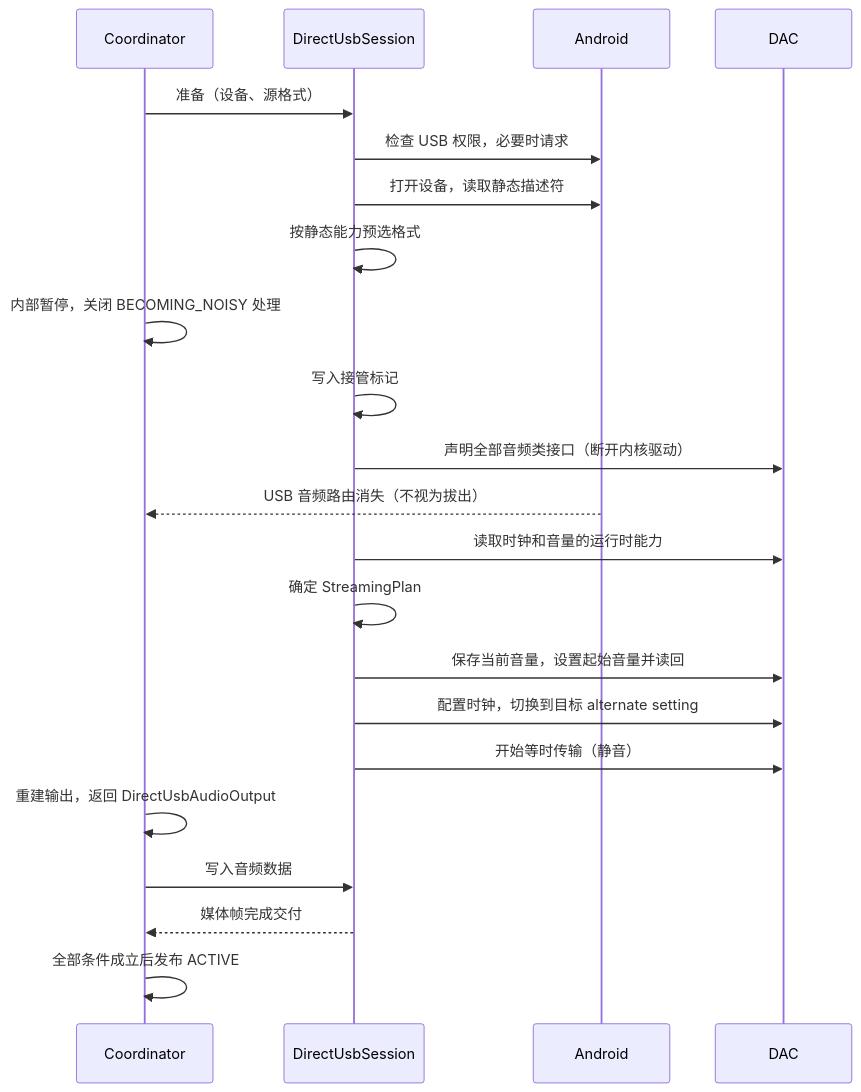
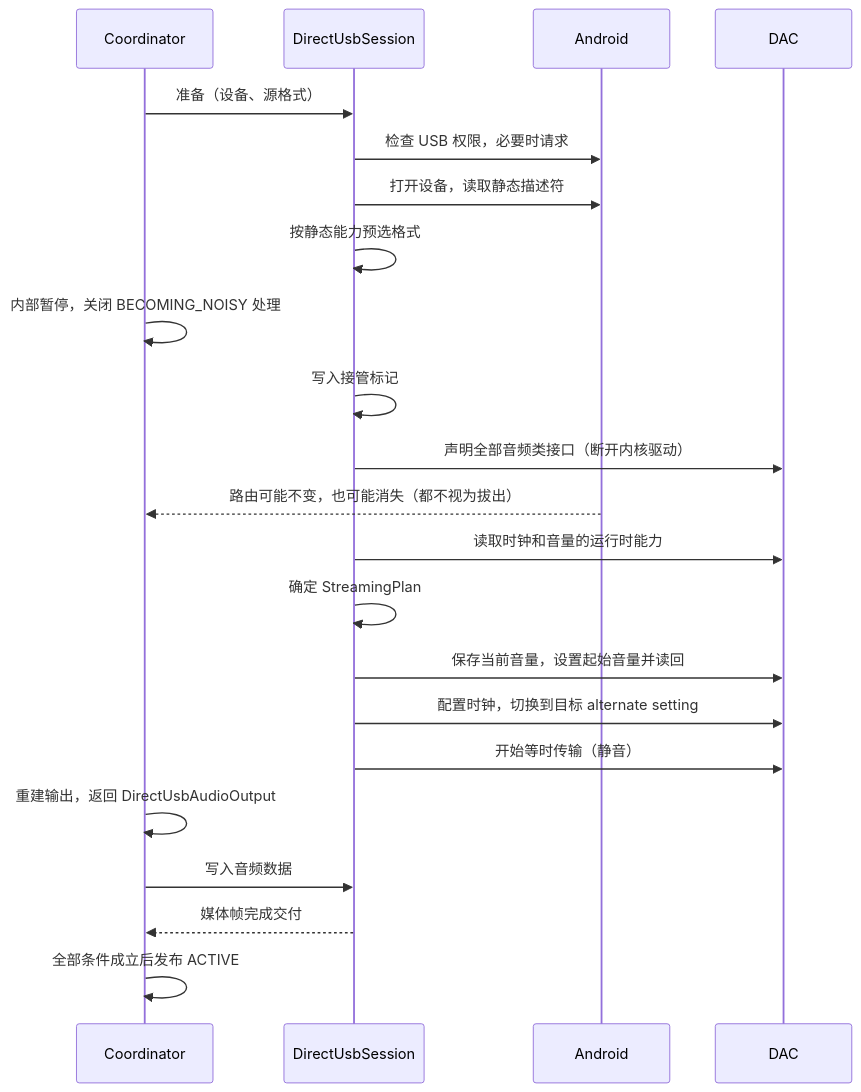
The second of 4 diagrams in docs/M7_USB_ARCHITECTURE.md (Sumire-no-kai/Vesqen), drawn with Mermaid before and after one commit. The commit also changed other lines of this file and 2 other files, not shown here.

First line of the commit message:
docs(usb): record the first native USB runs on the iQOO

````diff
--- a/docs/M7_USB_ARCHITECTURE.md
+++ b/docs/M7_USB_ARCHITECTURE.md
@@ -223,24 +223,24 @@
 ```mermaid
 sequenceDiagram
     participant C as Coordinator
     participant S as DirectUsbSession
     participant A as Android
     participant D as DAC
     C->>S: 准备（设备、源格式）
     S->>A: 检查 USB 权限，必要时请求
     S->>A: 打开设备，读取静态描述符
     S->>S: 按静态能力预选格式
     C->>C: 内部暂停，关闭 BECOMING_NOISY 处理
     S->>S: 写入接管标记
     S->>D: 声明全部音频类接口（断开内核驱动）
-    A-->>C: USB 音频路由消失（不视为拔出）
+    A-->>C: 路由可能不变，也可能消失（都不视为拔出）
     S->>D: 读取时钟和音量的运行时能力
     S->>S: 确定 StreamingPlan
     S->>D: 保存当前音量，设置起始音量并读回
     S->>D: 配置时钟，切换到目标 alternate setting
     S->>D: 开始等时传输（静音）
     C->>C: 重建输出，返回 DirectUsbAudioOutput
     C->>S: 写入音频数据
     S-->>C: 媒体帧完成交付
     C->>C: 全部条件成立后发布 ACTIVE
 ```
````
